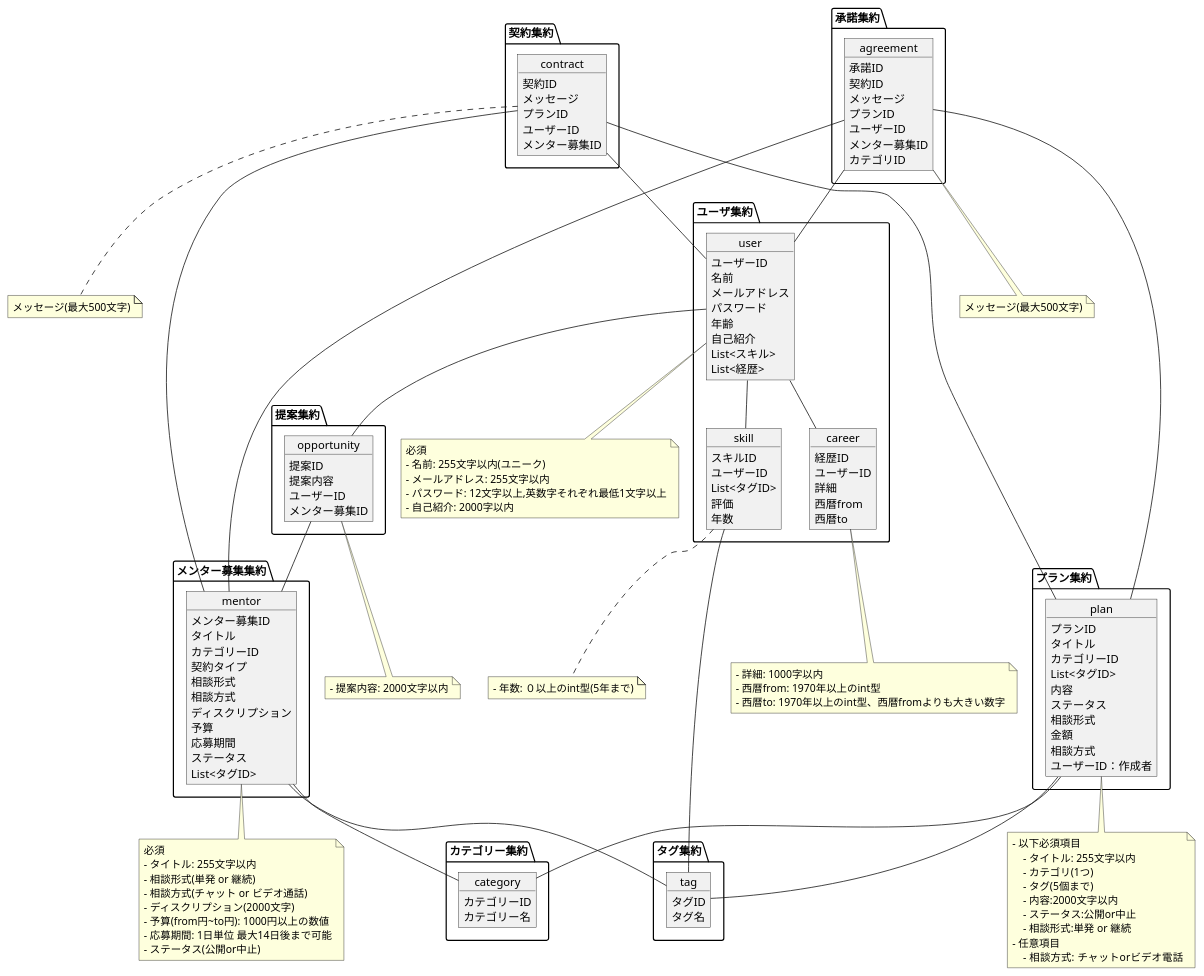
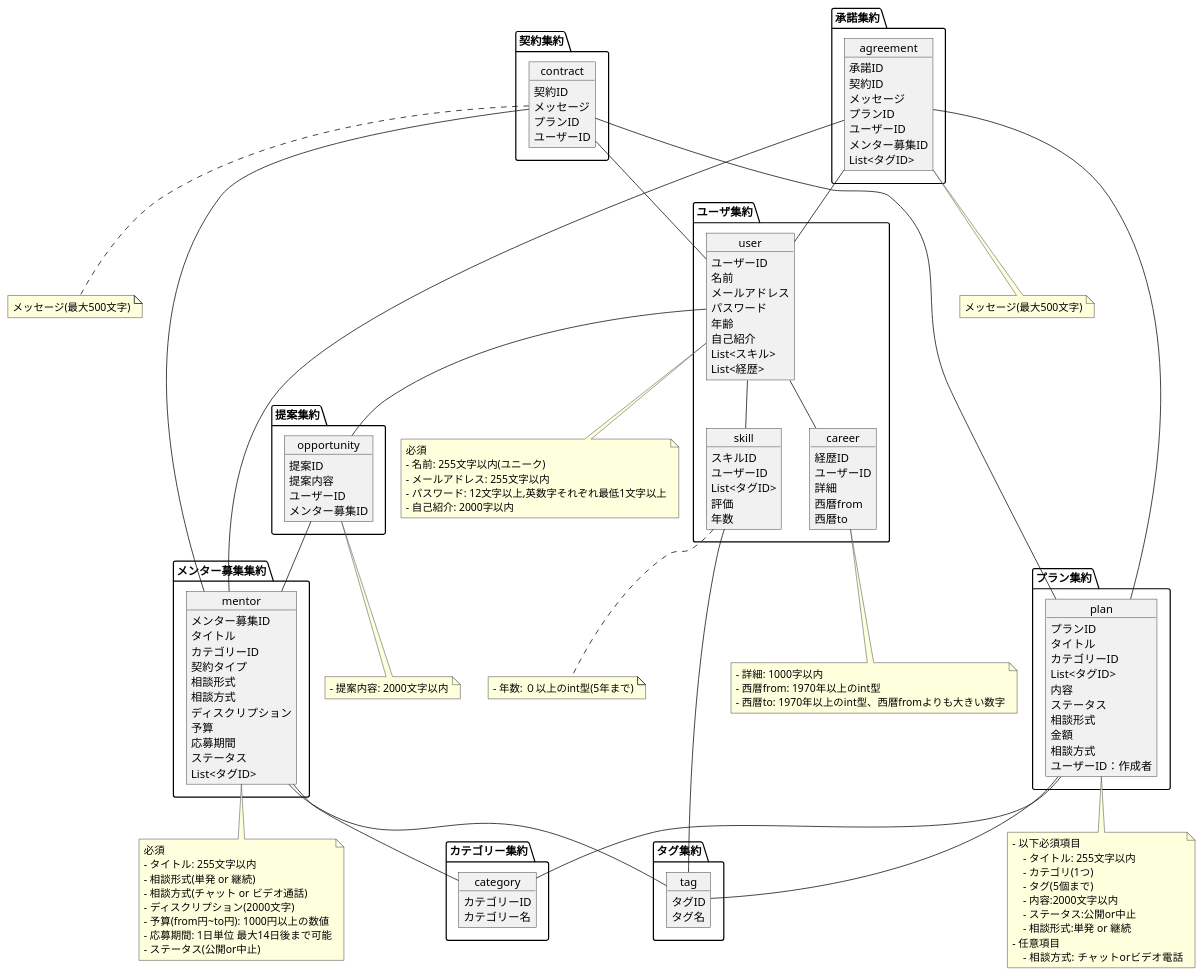
The diagram in UseCase.pu (tanaharuto167/ddd_learning), drawn with PlantUML before and after one commit.

Commit message:
fix: 🐛 deleet 募集ID

```diff
--- a/UseCase.pu
+++ b/UseCase.pu
@@ -1,174 +1,173 @@
 @startuml
 package ユーザ集約 {
 object user{
     ユーザーID
     名前
     メールアドレス
     パスワード
     年齢
     自己紹介
     List<スキル>
     List<経歴>
 }
 object skill{
     スキルID
     ユーザーID
     List<タグID>
     評価
     年数
 }
 object career{
     経歴ID
     ユーザーID
     詳細
     西暦from
     西暦to
 }
 }
 package メンター募集集約{
 object mentor{
     メンター募集ID
     タイトル
     カテゴリーID
     契約タイプ
     相談形式
     相談方式
     ディスクリプション
     予算
     応募期間
     ステータス
     List<タグID>
 }
 }
 package 提案集約{
 object opportunity{
     提案ID
     提案内容
     ユーザーID
     メンター募集ID
 }
 }
 package タグ集約{
 object tag{
     タグID
     タグ名
 }
 }
 package 契約集約{
 object contract{
     契約ID
     メッセージ
     プランID
     ユーザーID
-    メンター募集ID
 }
 }
 package 承諾集約{
 object agreement{
     承諾ID
     契約ID
     メッセージ
     プランID
     ユーザーID
     メンター募集ID
-    カテゴリID
+    List<タグID>
 }
 }
 package プラン集約{
 object plan{
     プランID
     タイトル
     カテゴリーID
     List<タグID>
     内容
     ステータス
     相談形式
     金額
     相談方式
     ユーザーID：作成者
 }
 }
 package カテゴリー集約{
 object category{
     カテゴリーID
     カテゴリー名
 }
 }
 
 /'
   Note
 '/
 note bottom of user
 必須
 - 名前: 255文字以内(ユニーク)
 - メールアドレス: 255文字以内
 - パスワード: 12文字以上,英数字それぞれ最低1文字以上
 - 自己紹介: 2000字以内
 end note
 
 note bottom of skill
 - 年数: ０以上のint型(5年まで)
 end note
 
 note bottom of career
 - 詳細: 1000字以内
 - 西暦from: 1970年以上のint型
 - 西暦to: 1970年以上のint型、西暦fromよりも大きい数字
 end note
 
 
 note bottom of mentor
 必須
 - タイトル: 255文字以内
 - 相談形式(単発 or 継続)
 - 相談方式(チャット or ビデオ通話)
 - ディスクリプション(2000文字)
 - 予算(from円~to円): 1000円以上の数値
 - 応募期間: 1日単位 最大14日後まで可能
 - ステータス(公開or中止)
 end note
 
 note bottom of opportunity
 - 提案内容: 2000文字以内
 end note
 
 note bottom of plan
 - 以下必須項目
     - タイトル: 255文字以内
     - カテゴリ(1つ)
     - タグ(5個まで)
     - 内容:2000文字以内
     - ステータス:公開or中止
     - 相談形式:単発 or 継続
 - 任意項目
     - 相談方式:  チャットorビデオ電話
 end note
 
 note bottom of contract
 メッセージ(最大500文字)
 end note
 
 note bottom of agreement
 メッセージ(最大500文字)
 end note
 
 /'
   Releate
 '/
 user -- skill
 user -- career 
 user -- opportunity
 opportunity -- mentor
 plan -- tag
 skill -- tag
 mentor -- tag
 contract -- plan
 contract -- user
 contract -- mentor
 agreement -- user
 agreement -- plan
 agreement -- mentor
 plan -- category
 mentor -- category
 
 @enduml
```
